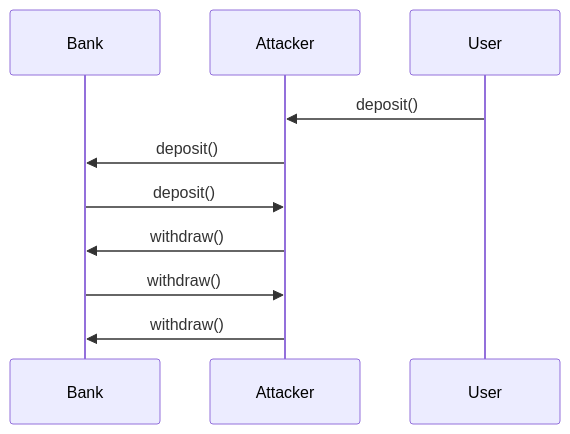
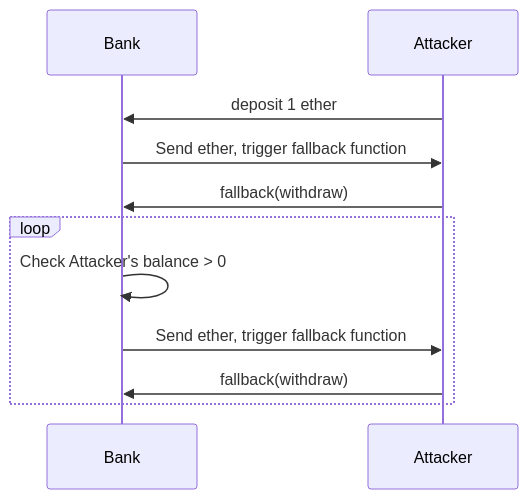
One commit to GaryHo34/blockchain-project changed the third of 6 diagrams in README.md. Above: the diagram before and after it, drawn with Mermaid. The commit also changed other lines of this file, not shown here.

````diff
--- a/README.md
+++ b/README.md
@@ -45,11 +45,13 @@
 ```mermaid
 sequenceDiagram
     participant Bank
     participant Attacker
-    User->>Attacker: deposit()
-    Attacker->>Bank: deposit()
-    Bank->>Attacker: deposit()
-    Attacker->>Bank: withdraw()
-    Bank->>Attacker: withdraw()
-    Attacker->>Bank: withdraw()
+    Attacker->>Bank: deposit 1 ether
+    Bank->>Attacker: Send ether, trigger fallback function
+    Attacker->>Bank: fallback(withdraw)
+    loop
+        Bank->>Bank: Check Attacker's balance > 0
+        Bank->>Attacker: Send ether, trigger fallback function
+        Attacker->>Bank: fallback(withdraw)
+    end
 ```
````
